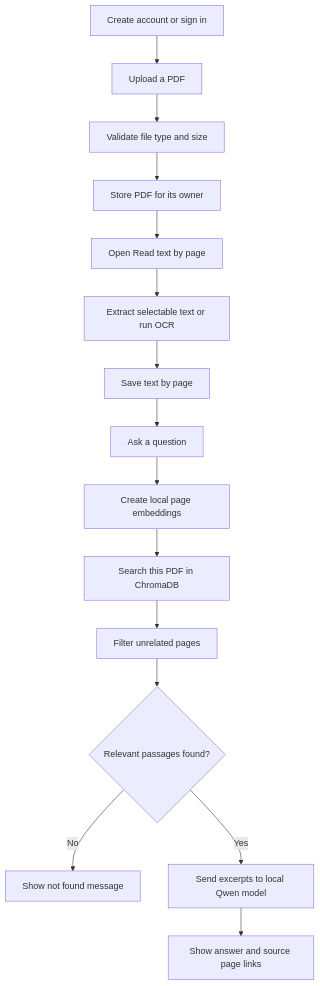
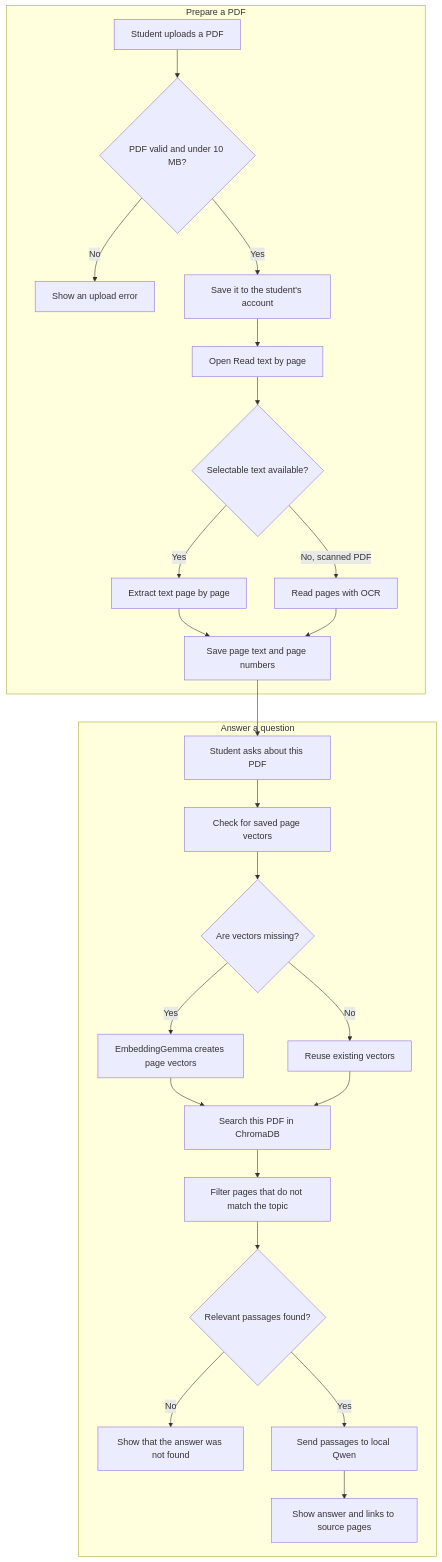
One commit to kevinbakraniya2-ship-it/docs-ai changed the diagram in README.md. Above: the diagram before and after it, drawn with Mermaid. The commit also changed other lines of this file and 1 other file, not shown here.

Commit message:
Improve README and project flowchart

````diff
--- a/README.md
+++ b/README.md
@@ -9,17 +19,30 @@
 ```mermaid
 flowchart TD
-    A[Create account or sign in] --> B[Upload a PDF]
-    B --> C[Validate file type and size]
-    C --> D[Store PDF for its owner]
-    D --> E[Open Read text by page]
-    E --> F[Extract selectable text or run OCR]
-    F --> G[Save text by page]
-    G --> H[Ask a question]
-    H --> I[Create local page embeddings]
-    I --> J[Search this PDF in ChromaDB]
-    J --> K[Filter unrelated pages]
-    K --> L{Relevant passages found?}
-    L -- No --> M[Show not found message]
-    L -- Yes --> N[Send excerpts to local Qwen model]
-    N --> O[Show answer and source page links]
+    subgraph Prepare[Prepare a PDF]
+        A[Student uploads a PDF] --> B{PDF valid and under 10 MB?}
+        B -- No --> C[Show an upload error]
+        B -- Yes --> D[Save it to the student's account]
+        D --> E[Open Read text by page]
+        E --> F{Selectable text available?}
+        F -- Yes --> G[Extract text page by page]
+        F -- No, scanned PDF --> H[Read pages with OCR]
+        G --> I[Save page text and page numbers]
+        H --> I
+    end
+
+    subgraph Ask[Answer a question]
+        J[Student asks about this PDF] --> K[Check for saved page vectors]
+        K --> L{Are vectors missing?}
+        L -- Yes --> M[EmbeddingGemma creates page vectors]
+        L -- No --> N[Reuse existing vectors]
+        M --> O[Search this PDF in ChromaDB]
+        N --> O
+        O --> P[Filter pages that do not match the topic]
+        P --> Q{Relevant passages found?}
+        Q -- No --> R[Show that the answer was not found]
+        Q -- Yes --> S[Send passages to local Qwen]
+        S --> T[Show answer and links to source pages]
+    end
+
+    I --> J
 ```
````
